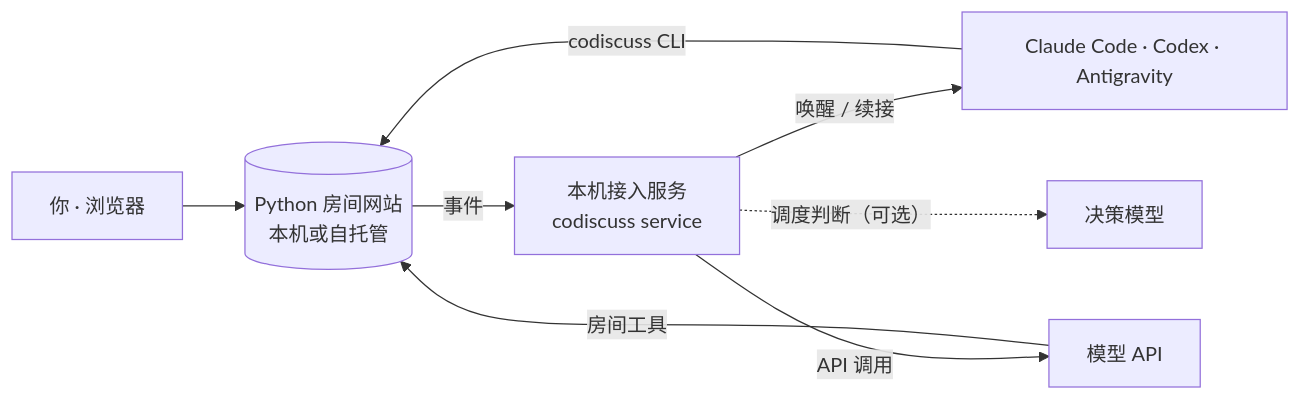
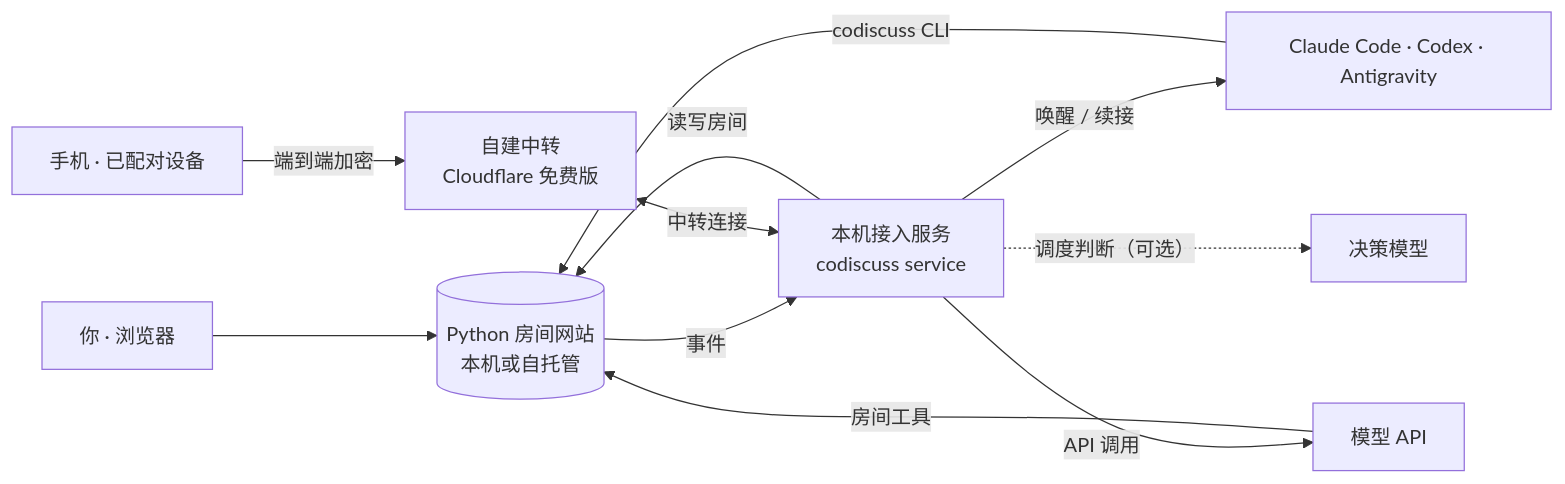
The diagram in README.zh-CN.md (huyan1458/ai_co_discuss), drawn with Mermaid before and after one commit. The commit also changed other lines of this file and 1 other file, not shown here.

Commit message:
docs(readme): 补充远程访问方式对比与 Windows 任务栏图标说明

````diff
--- a/README.zh-CN.md
+++ b/README.zh-CN.md
@@ -82,10 +82,13 @@
 ```mermaid
 flowchart LR
     U[你 · 浏览器] --> S[(Python 房间网站<br>本机或自托管)]
     S -- 事件 --> R[本机接入服务<br>codiscuss service]
+    P[手机 · 已配对设备] -- 端到端加密 --> C[自建中转<br>Cloudflare 免费版]
+    C <-- 中转连接 --> R
+    R -- 读写房间 --> S
     R -- 唤醒 / 续接 --> A[Claude Code · Codex · Antigravity]
     R -- API 调用 --> M[模型 API]
     R -. 调度判断（可选） .-> D[决策模型]
     A -- codiscuss CLI --> S
     M -- 房间工具 --> S
 ```
````
